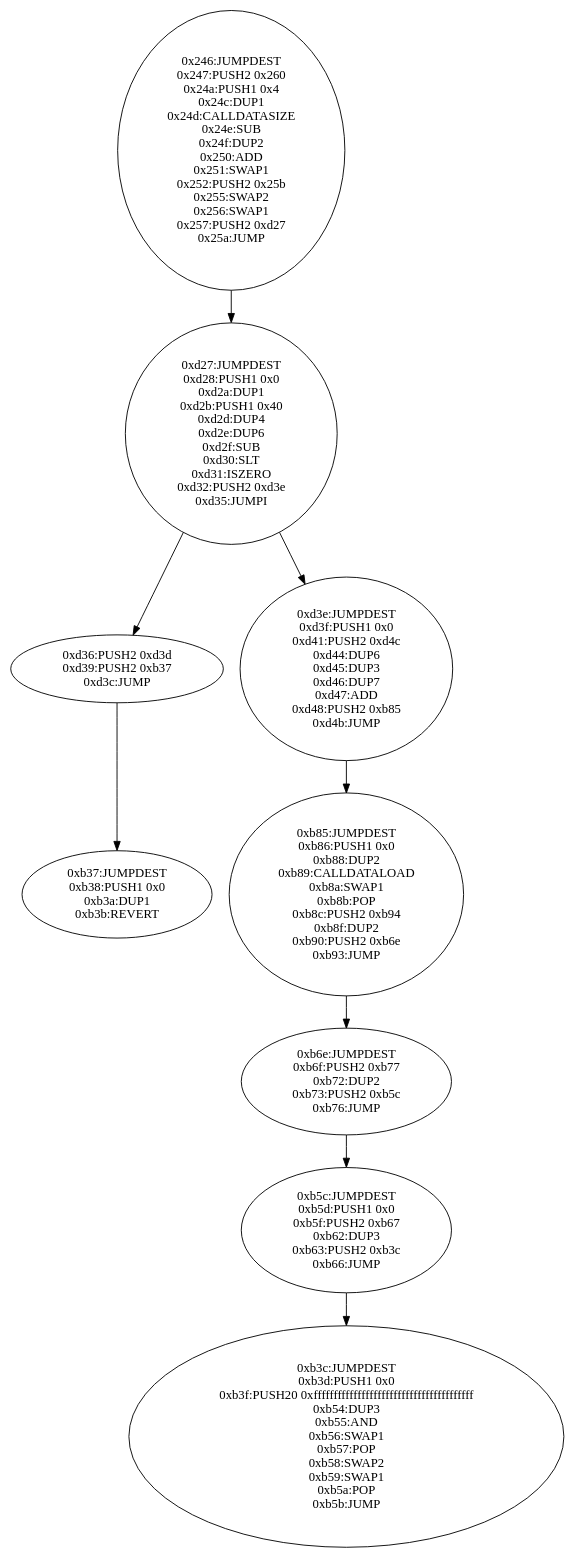
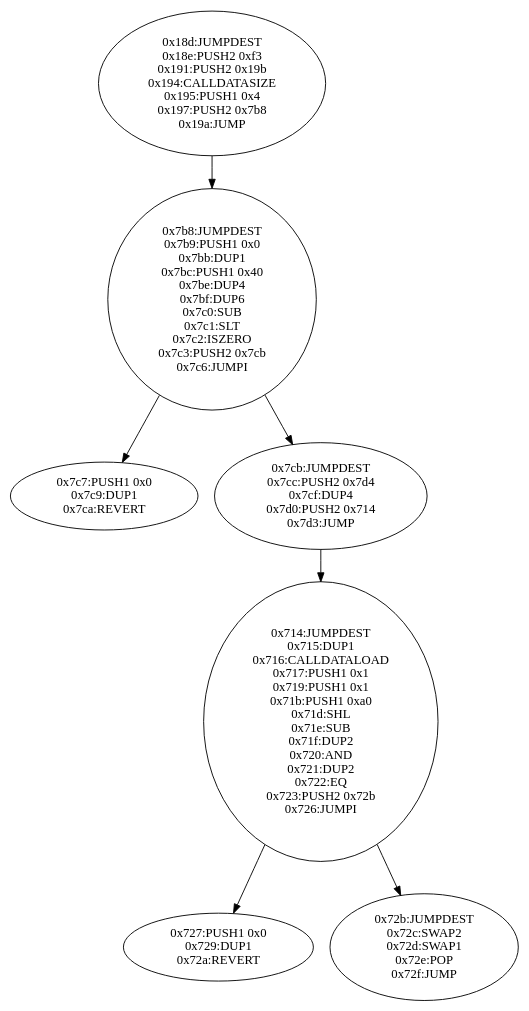
The diagram in erc20-example/cfg/output/Token.bin-runtime_allowance(address,address).dot (steventhornton/openzeppelin-research-project), drawn with Graphviz before and after one commit. The commit also changed 12 other files, not shown here.

```diff
--- a/erc20-example/cfg/output/Token.bin-runtime_allowance(address,address).dot
+++ b/erc20-example/cfg/output/Token.bin-runtime_allowance(address,address).dot
@@ -1,84 +1,57 @@
 digraph{
-582[label="0x246:JUMPDEST
-0x247:PUSH2 0x260
-0x24a:PUSH1 0x4
-0x24c:DUP1
-0x24d:CALLDATASIZE
-0x24e:SUB
-0x24f:DUP2
-0x250:ADD
-0x251:SWAP1
-0x252:PUSH2 0x25b
-0x255:SWAP2
-0x256:SWAP1
-0x257:PUSH2 0xd27
-0x25a:JUMP"]
-582 -> 3367
-3367[label="0xd27:JUMPDEST
-0xd28:PUSH1 0x0
-0xd2a:DUP1
-0xd2b:PUSH1 0x40
-0xd2d:DUP4
-0xd2e:DUP6
-0xd2f:SUB
-0xd30:SLT
-0xd31:ISZERO
-0xd32:PUSH2 0xd3e
-0xd35:JUMPI"]
-3367 -> 3382
-3367 -> 3390
-3382[label="0xd36:PUSH2 0xd3d
-0xd39:PUSH2 0xb37
-0xd3c:JUMP"]
-3382 -> 2871
-3390[label="0xd3e:JUMPDEST
-0xd3f:PUSH1 0x0
-0xd41:PUSH2 0xd4c
-0xd44:DUP6
-0xd45:DUP3
-0xd46:DUP7
-0xd47:ADD
-0xd48:PUSH2 0xb85
-0xd4b:JUMP"]
-3390 -> 2949
-2949[label="0xb85:JUMPDEST
-0xb86:PUSH1 0x0
-0xb88:DUP2
-0xb89:CALLDATALOAD
-0xb8a:SWAP1
-0xb8b:POP
-0xb8c:PUSH2 0xb94
-0xb8f:DUP2
-0xb90:PUSH2 0xb6e
-0xb93:JUMP"]
-2949 -> 2926
-2871[label="0xb37:JUMPDEST
-0xb38:PUSH1 0x0
-0xb3a:DUP1
-0xb3b:REVERT"]
-2926[label="0xb6e:JUMPDEST
-0xb6f:PUSH2 0xb77
-0xb72:DUP2
-0xb73:PUSH2 0xb5c
-0xb76:JUMP"]
-2926 -> 2908
-2908[label="0xb5c:JUMPDEST
-0xb5d:PUSH1 0x0
-0xb5f:PUSH2 0xb67
-0xb62:DUP3
-0xb63:PUSH2 0xb3c
-0xb66:JUMP"]
-2908 -> 2876
-2876[label="0xb3c:JUMPDEST
-0xb3d:PUSH1 0x0
-0xb3f:PUSH20 0xffffffffffffffffffffffffffffffffffffffff
-0xb54:DUP3
-0xb55:AND
-0xb56:SWAP1
-0xb57:POP
-0xb58:SWAP2
-0xb59:SWAP1
-0xb5a:POP
-0xb5b:JUMP"]
+397[label="0x18d:JUMPDEST
+0x18e:PUSH2 0xf3
+0x191:PUSH2 0x19b
+0x194:CALLDATASIZE
+0x195:PUSH1 0x4
+0x197:PUSH2 0x7b8
+0x19a:JUMP"]
+397 -> 1976
+1976[label="0x7b8:JUMPDEST
+0x7b9:PUSH1 0x0
+0x7bb:DUP1
+0x7bc:PUSH1 0x40
+0x7be:DUP4
+0x7bf:DUP6
+0x7c0:SUB
+0x7c1:SLT
+0x7c2:ISZERO
+0x7c3:PUSH2 0x7cb
+0x7c6:JUMPI"]
+1976 -> 1991
+1976 -> 1995
+1991[label="0x7c7:PUSH1 0x0
+0x7c9:DUP1
+0x7ca:REVERT"]
+1995[label="0x7cb:JUMPDEST
+0x7cc:PUSH2 0x7d4
+0x7cf:DUP4
+0x7d0:PUSH2 0x714
+0x7d3:JUMP"]
+1995 -> 1812
+1812[label="0x714:JUMPDEST
+0x715:DUP1
+0x716:CALLDATALOAD
+0x717:PUSH1 0x1
+0x719:PUSH1 0x1
+0x71b:PUSH1 0xa0
+0x71d:SHL
+0x71e:SUB
+0x71f:DUP2
+0x720:AND
+0x721:DUP2
+0x722:EQ
+0x723:PUSH2 0x72b
+0x726:JUMPI"]
+1812 -> 1831
+1812 -> 1835
+1831[label="0x727:PUSH1 0x0
+0x729:DUP1
+0x72a:REVERT"]
+1835[label="0x72b:JUMPDEST
+0x72c:SWAP2
+0x72d:SWAP1
+0x72e:POP
+0x72f:JUMP"]
 
 }
```
